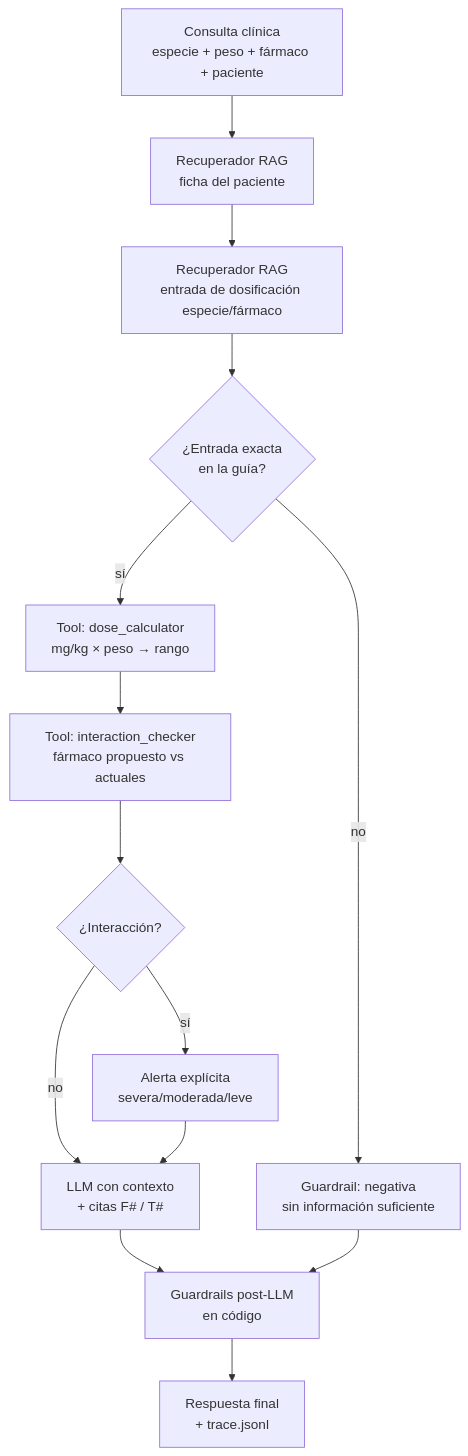
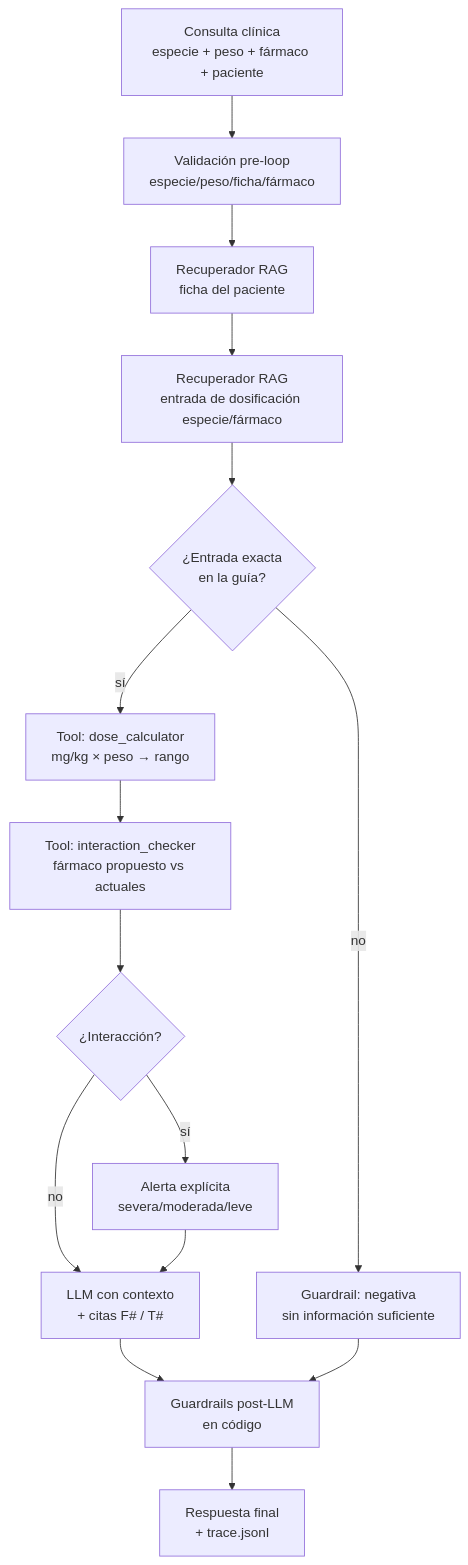
Before and after one commit to beibanezv/ep1-veterinaria-agente: the diagram in README.md, drawn with Mermaid. The commit also changed other lines of this file and 17 other files, not shown here.

````diff
--- a/README.md
+++ b/README.md
@@ -19,16 +19,17 @@
 ```mermaid
 flowchart TD
-    A[Consulta clínica<br/>especie + peso + fármaco + paciente] --> B[Recuperador RAG<br/>ficha del paciente]
+    A[Consulta clínica<br/>especie + peso + fármaco + paciente] --> V[Validación pre-loop<br/>especie/peso/ficha/fármaco]
+    V --> B[Recuperador RAG<br/>ficha del paciente]
     B --> C[Recuperador RAG<br/>entrada de dosificación especie/fármaco]
     C --> D{¿Entrada exacta<br/>en la guía?}
     D -- "no" --> G[Guardrail: negativa<br/>sin información suficiente]
     D -- sí --> E[Tool: dose_calculator<br/>mg/kg × peso → rango]
     E --> F[Tool: interaction_checker<br/>fármaco propuesto vs actuales]
     F --> H{¿Interacción?}
     H -- sí --> I[Alerta explícita<br/>severa/moderada/leve]
     H -- no --> J[LLM con contexto<br/>+ citas F# / T#]
     I --> J
     J --> K[Guardrails post-LLM<br/>en código]
     G --> K
     K --> L[Respuesta final<br/>+ trace.jsonl]
 ```
````
